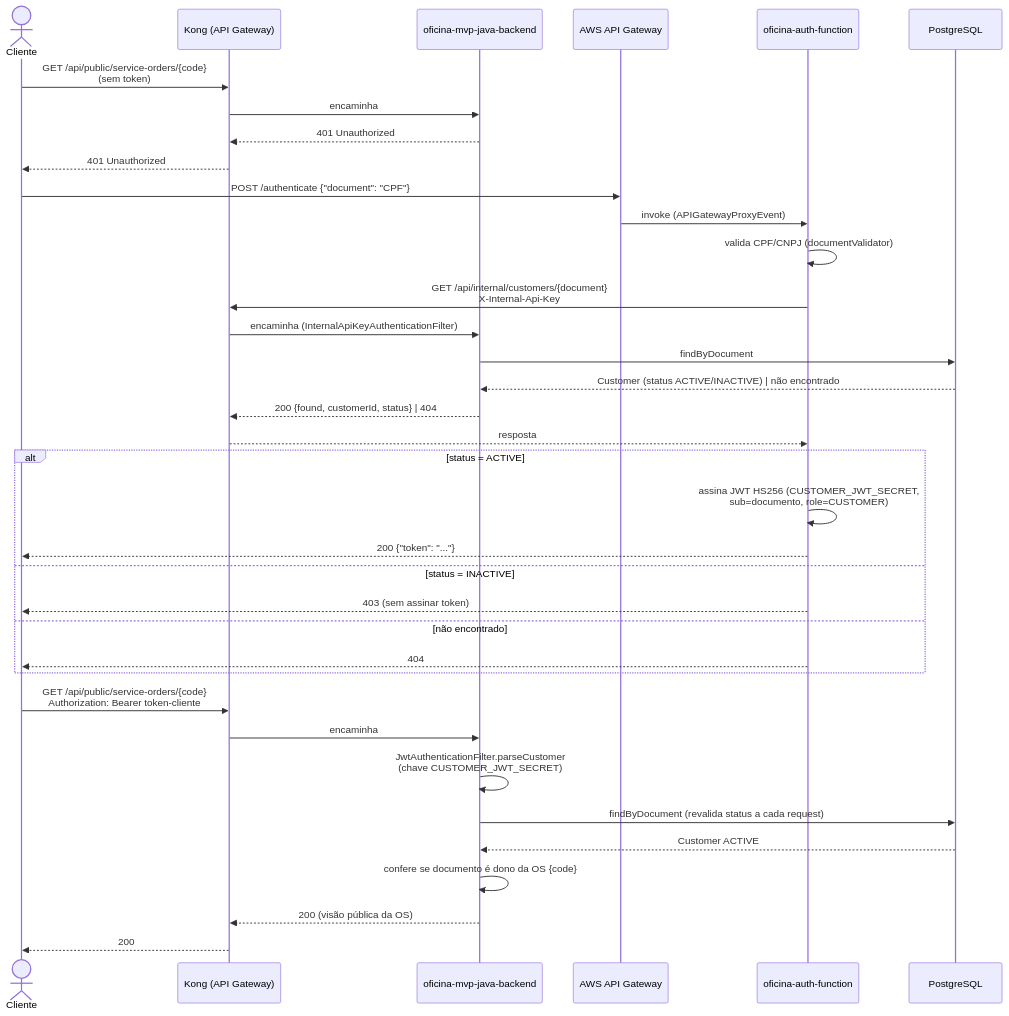
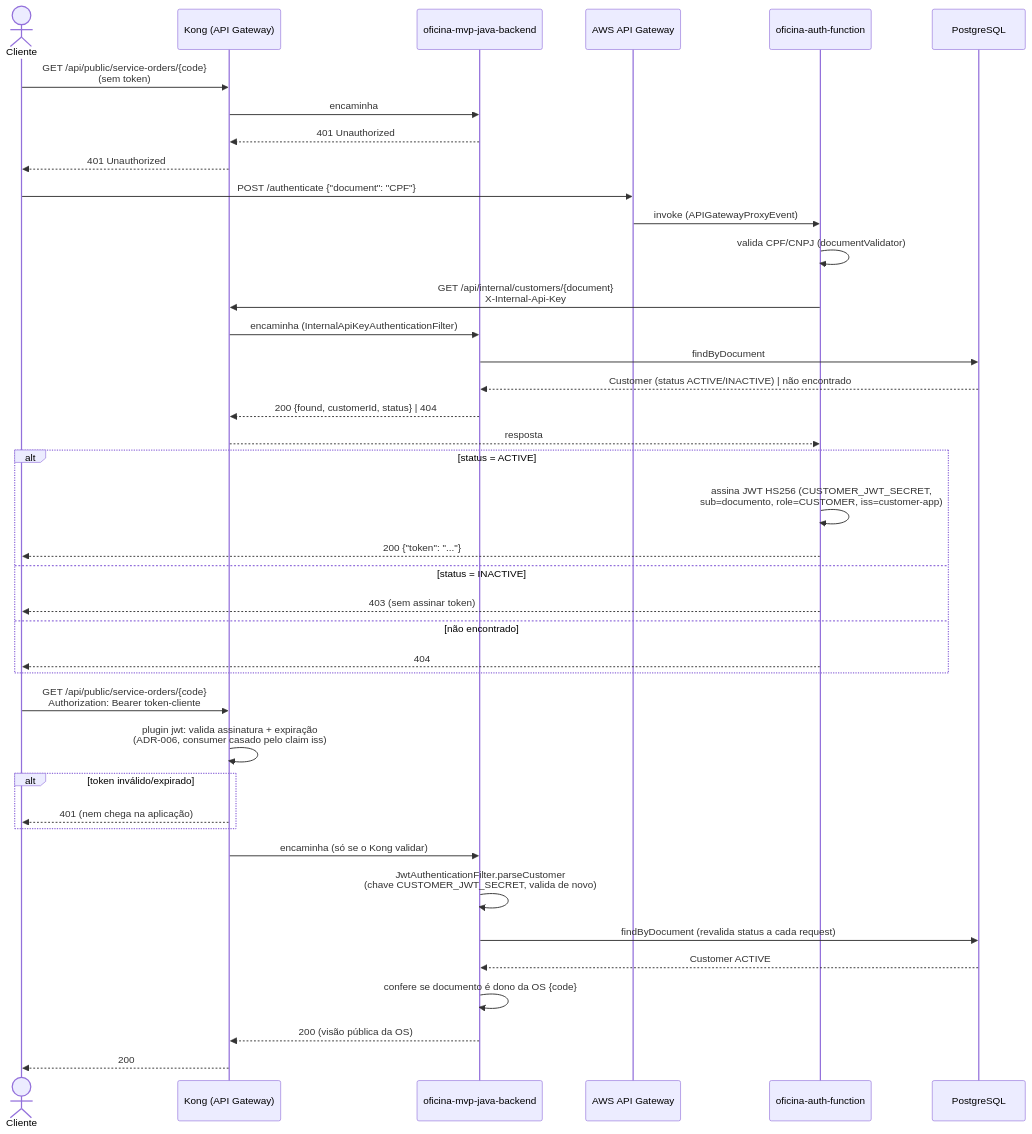
One commit to lukebria/oficina-mvp-java-backend changed the sixth of 8 diagrams in docs/architecture.md. Above: the diagram before and after it, drawn with Mermaid. The commit also changed other lines of this file and 6 other files, not shown here.

First line of the commit message:
Adiciona validacao do JWT de cliente no Kong, sem mudar codigo Java (ADR-006)

````diff
--- a/docs/architecture.md
+++ b/docs/architecture.md
@@ -975,41 +984,45 @@
 ```mermaid
 sequenceDiagram
     actor Cliente
     participant Kong as Kong (API Gateway)
     participant App as oficina-mvp-java-backend
     participant ApiGw as AWS API Gateway
     participant Lambda as oficina-auth-function
     participant DB as PostgreSQL
 
     Cliente->>Kong: GET /api/public/service-orders/{code}<br/>(sem token)
     Kong->>App: encaminha
     App-->>Kong: 401 Unauthorized
     Kong-->>Cliente: 401 Unauthorized
 
     Cliente->>ApiGw: POST /authenticate {"document": "CPF"}
     ApiGw->>Lambda: invoke (APIGatewayProxyEvent)
     Lambda->>Lambda: valida CPF/CNPJ (documentValidator)
     Lambda->>Kong: GET /api/internal/customers/{document}<br/>X-Internal-Api-Key
     Kong->>App: encaminha (InternalApiKeyAuthenticationFilter)
     App->>DB: findByDocument
     DB-->>App: Customer (status ACTIVE/INACTIVE) | não encontrado
     App-->>Kong: 200 {found, customerId, status} | 404
     Kong-->>Lambda: resposta
     alt status = ACTIVE
-        Lambda->>Lambda: assina JWT HS256 (CUSTOMER_JWT_SECRET,<br/>sub=documento, role=CUSTOMER)
+        Lambda->>Lambda: assina JWT HS256 (CUSTOMER_JWT_SECRET,<br/>sub=documento, role=CUSTOMER, iss=customer-app)
         Lambda-->>Cliente: 200 {"token": "..."}
     else status = INACTIVE
         Lambda-->>Cliente: 403 (sem assinar token)
     else não encontrado
         Lambda-->>Cliente: 404
     end
 
     Cliente->>Kong: GET /api/public/service-orders/{code}<br/>Authorization: Bearer token-cliente
-    Kong->>App: encaminha
-    App->>App: JwtAuthenticationFilter.parseCustomer<br/>(chave CUSTOMER_JWT_SECRET)
+    Kong->>Kong: plugin jwt: valida assinatura + expiração<br/>(ADR-006, consumer casado pelo claim iss)
+    alt token inválido/expirado
+        Kong-->>Cliente: 401 (nem chega na aplicação)
+    end
+    Kong->>App: encaminha (só se o Kong validar)
+    App->>App: JwtAuthenticationFilter.parseCustomer<br/>(chave CUSTOMER_JWT_SECRET, valida de novo)
     App->>DB: findByDocument (revalida status a cada request)
     DB-->>App: Customer ACTIVE
     App->>App: confere se documento é dono da OS {code}
     App-->>Kong: 200 (visão pública da OS)
     Kong-->>Cliente: 200
 ```
````
